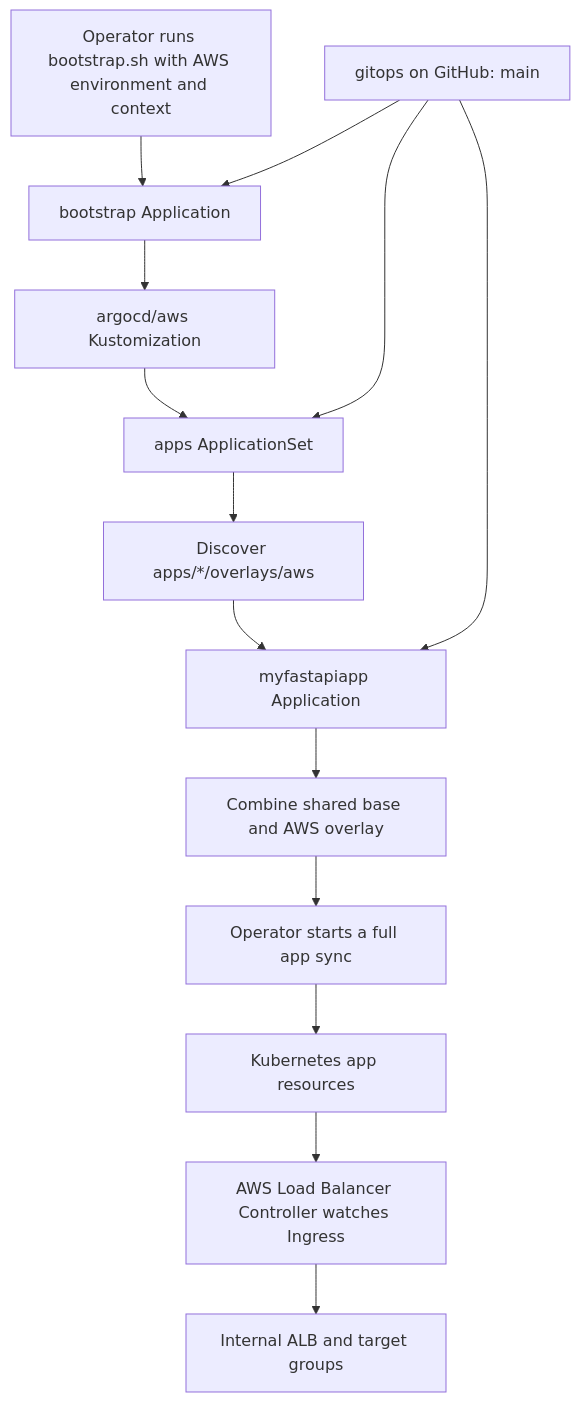
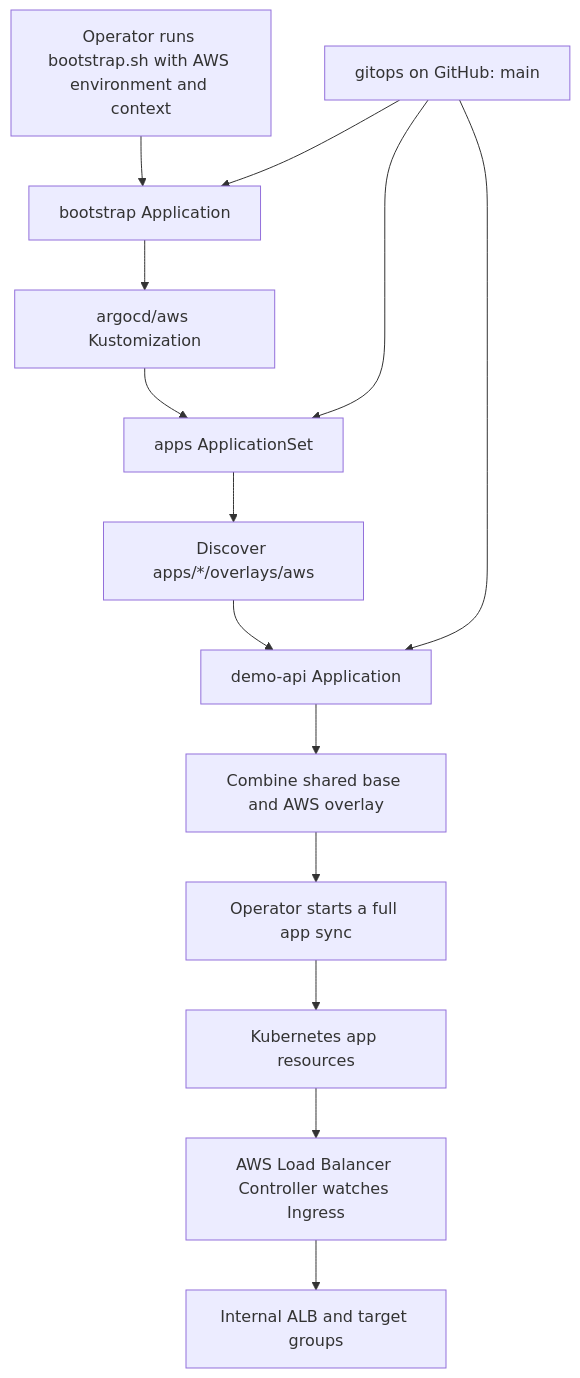
Before and after one commit to pquarg/gitops: the first of 2 diagrams in docs/aws/architecture.md, drawn with Mermaid. The commit also changed other lines of this file and 46 other files, not shown here.

````diff
--- a/docs/aws/architecture.md
+++ b/docs/aws/architecture.md
@@ -34,16 +34,16 @@
 ```mermaid
 flowchart TD
     Operator[Operator runs bootstrap.sh with AWS environment and context] --> Bootstrap[bootstrap Application]
     Git[gitops on GitHub: main] --> Bootstrap
     Bootstrap --> Registrations[argocd/aws Kustomization]
     Registrations --> AppSet[apps ApplicationSet]
     Git --> AppSet
     AppSet --> Discovery[Discover apps/*/overlays/aws]
-    Discovery --> App[myfastapiapp Application]
+    Discovery --> App[demo-api Application]
     Git --> App
     App --> Render[Combine shared base and AWS overlay]
     Render --> Sync[Operator starts a full app sync]
     Sync --> Resources[Kubernetes app resources]
     Resources --> Controller[AWS Load Balancer Controller watches Ingress]
     Controller --> ALB[Internal ALB and target groups]
 ```
````
